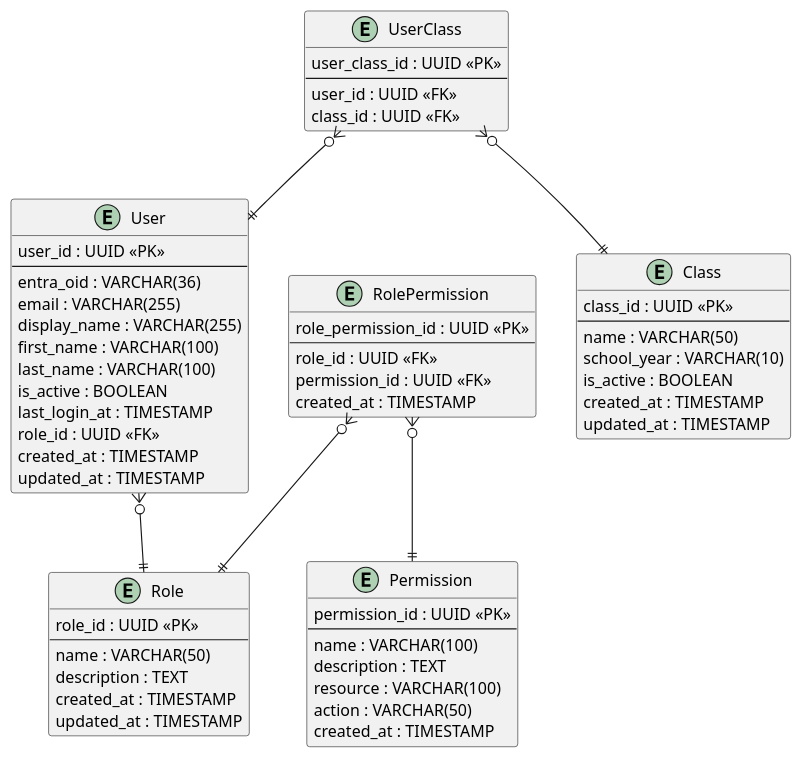
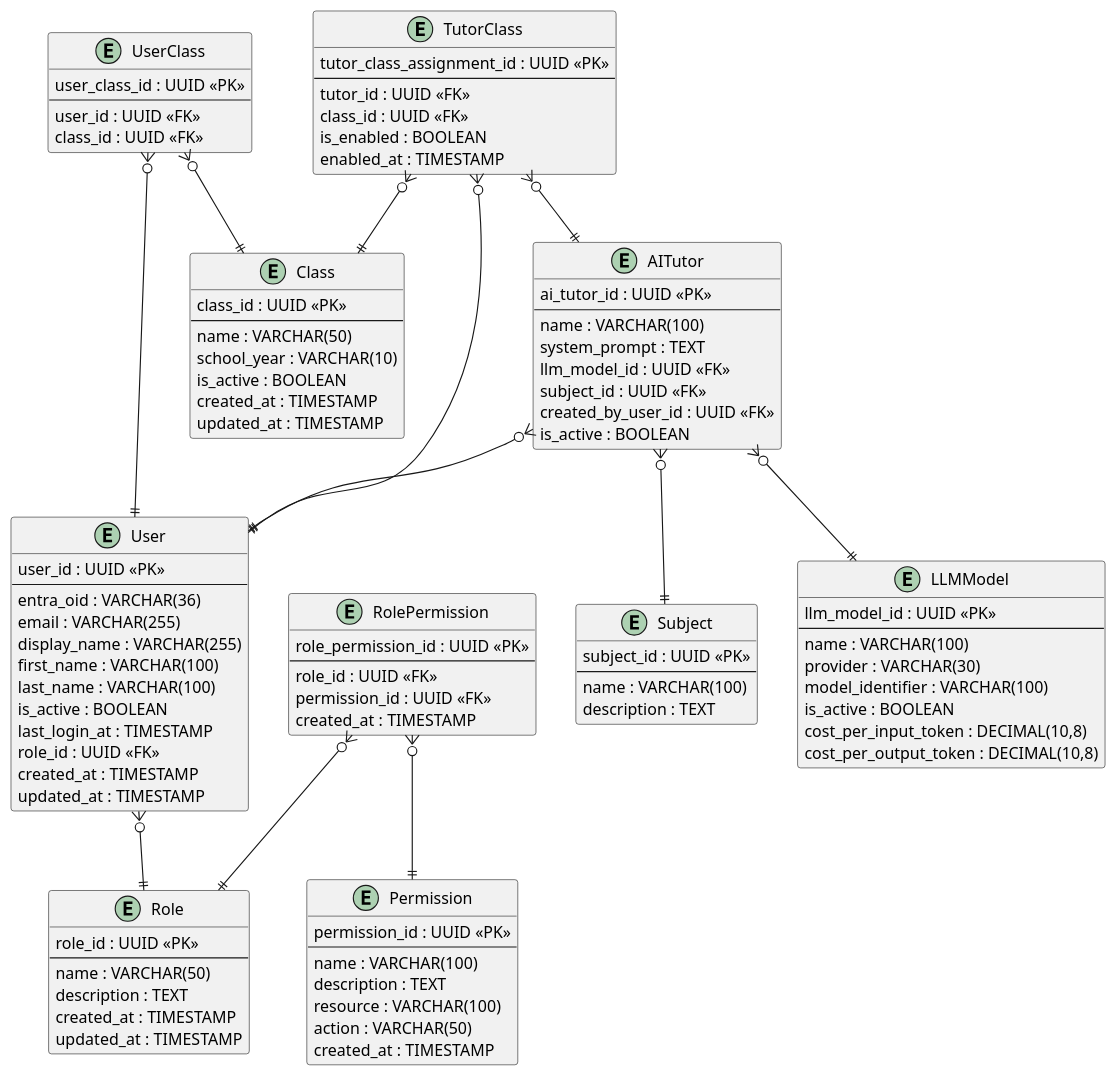
The diagram in docs/analysis/erd.puml (melanie-bauer/Novedu), drawn with PlantUML before and after one commit.

Commit message:
docs: add Subject, LLMModel, AITutor, and TutorClass entities to ERD #28

```diff
--- a/docs/analysis/erd.puml
+++ b/docs/analysis/erd.puml
@@ -1,70 +1,115 @@
 @startuml Novedu ERD
 
 entity "User" as user {
   user_id : UUID <<PK>>
   --
   entra_oid : VARCHAR(36)
   email : VARCHAR(255)
   display_name : VARCHAR(255)
   first_name : VARCHAR(100)
   last_name : VARCHAR(100)
   is_active : BOOLEAN
   last_login_at : TIMESTAMP
   role_id : UUID <<FK>>
   created_at : TIMESTAMP
   updated_at : TIMESTAMP
 }
 
 
 entity "Role" as role {
   role_id : UUID <<PK>>
   --
   name : VARCHAR(50)
   description : TEXT
   created_at : TIMESTAMP
   updated_at : TIMESTAMP
 }
 
 entity "Permission" as permission {
   permission_id : UUID <<PK>>
   --
   name : VARCHAR(100)
   description : TEXT
   resource : VARCHAR(100)
   action : VARCHAR(50)
   created_at : TIMESTAMP
 }
 entity "RolePermission" as role_permission {
   role_permission_id : UUID <<PK>>
   --
   role_id : UUID <<FK>>
   permission_id : UUID <<FK>>
   created_at : TIMESTAMP
 }
 
 entity "Class" as class {
   class_id : UUID <<PK>>
   --
   name : VARCHAR(50)
   school_year : VARCHAR(10)
   is_active : BOOLEAN
   created_at : TIMESTAMP
   updated_at : TIMESTAMP
 }
 
 entity "UserClass" as user_class {
   user_class_id : UUID <<PK>>
   --
   user_id : UUID <<FK>>
   class_id : UUID <<FK>>
 }
 
+entity "Subject" as subject {
+  subject_id : UUID <<PK>>
+  --
+  name : VARCHAR(100)
+  description : TEXT
+}
+
+entity "LLMModel" as llm_model {
+  llm_model_id : UUID <<PK>>
+  --
+  name : VARCHAR(100)
+  provider : VARCHAR(30)
+  model_identifier : VARCHAR(100)
+  is_active : BOOLEAN
+  cost_per_input_token : DECIMAL(10,8)
+  cost_per_output_token : DECIMAL(10,8)
+}
+
+entity "AITutor" as ai_tutor {
+  ai_tutor_id : UUID <<PK>>
+  --
+  name : VARCHAR(100)
+  system_prompt : TEXT
+  llm_model_id : UUID <<FK>>
+  subject_id : UUID <<FK>>
+  created_by_user_id : UUID <<FK>>
+  is_active : BOOLEAN
+}
+
+entity "TutorClass" as tutor_class {
+  tutor_class_assignment_id : UUID <<PK>>
+  --
+  tutor_id : UUID <<FK>>
+  class_id : UUID <<FK>>
+  is_enabled : BOOLEAN
+  enabled_at : TIMESTAMP
+}
+
 
 
 user }o--|| role
 user_class }o--|| user
 user_class }o--|| class
 role_permission }o--|| role
 role_permission }o--|| permission
 
+ai_tutor }o--|| llm_model
+ai_tutor }o--|| subject
+ai_tutor }o--|| user
+tutor_class }o--|| ai_tutor
+tutor_class }o--|| class
+tutor_class }o--|| user
+
 @enduml
```
